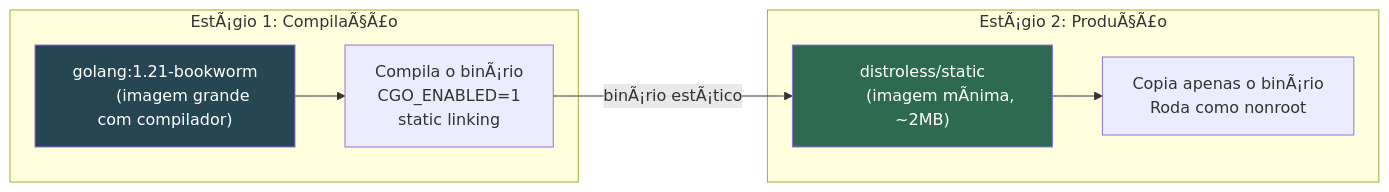
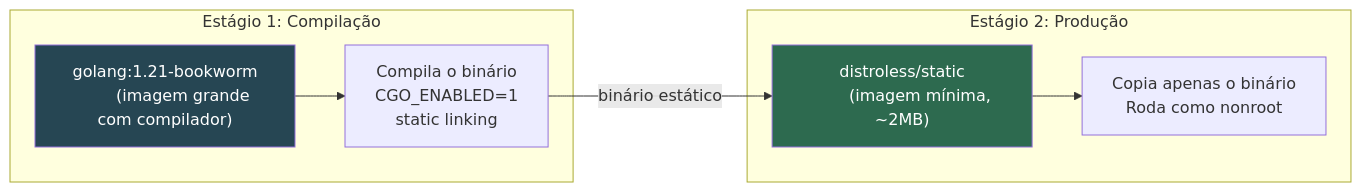
Diagram 15 of 17 in docs/arquitetura.md (scovl/ollanta), drawn with Mermaid before and after one commit. The commit also changed other lines of this file and 7 other files, not shown here.

````diff
--- a/docs/arquitetura.md
+++ b/docs/arquitetura.md
@@ -1101,20 +1112,20 @@
 ```mermaid
 flowchart LR
-    subgraph "EstÃ¡gio 1: CompilaÃ§Ã£o"
+    subgraph "Estágio 1: Compilação"
         A["golang:1.21-bookworm
-        (imagem grande com compilador)"] --> B["Compila o binÃ¡rio
+        (imagem grande com compilador)"] --> B["Compila o binário
         CGO_ENABLED=1
         static linking"]
     end
 
-    subgraph "EstÃ¡gio 2: ProduÃ§Ã£o"
+    subgraph "Estágio 2: Produção"
         C["distroless/static
-        (imagem mÃ­nima, ~2MB)"] --> D["Copia apenas o binÃ¡rio
+        (imagem mínima, ~2MB)"] --> D["Copia apenas o binário
         Roda como nonroot"]
     end
 
-    B -->|"binÃ¡rio estÃ¡tico"| C
+    B -->|"binário estático"| C
 
     style A fill:#264653,color:#fff
     style C fill:#2d6a4f,color:#fff
 ```
````
